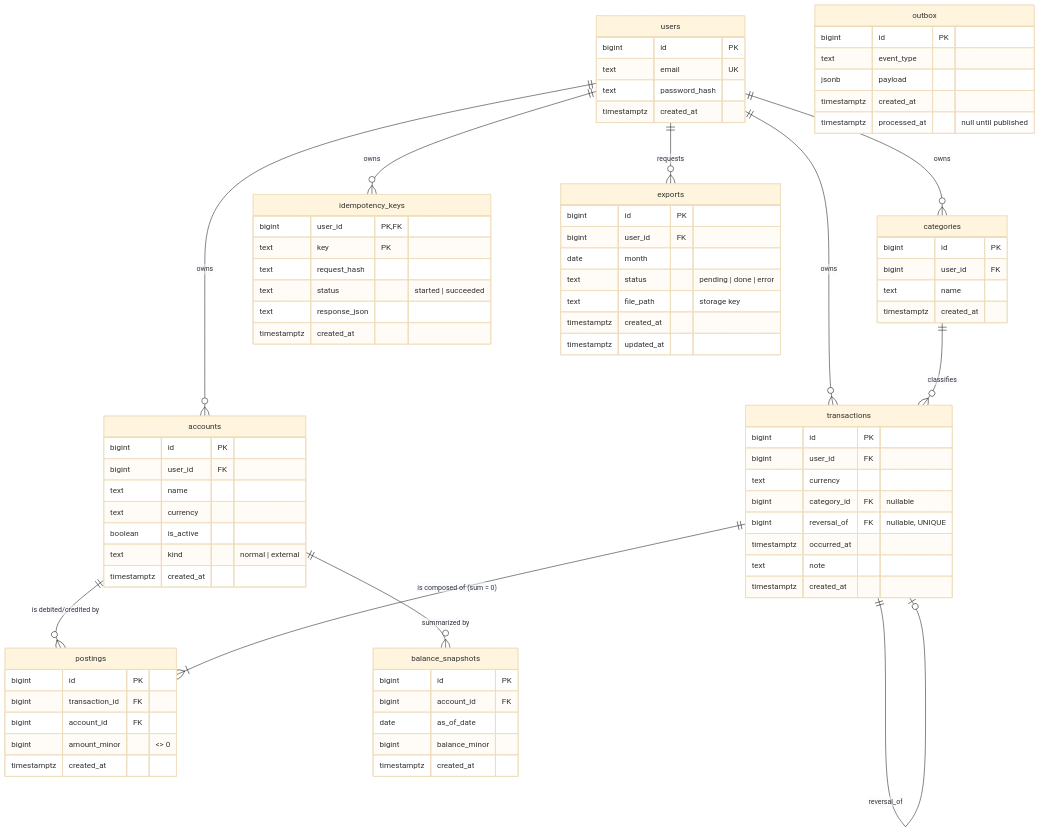
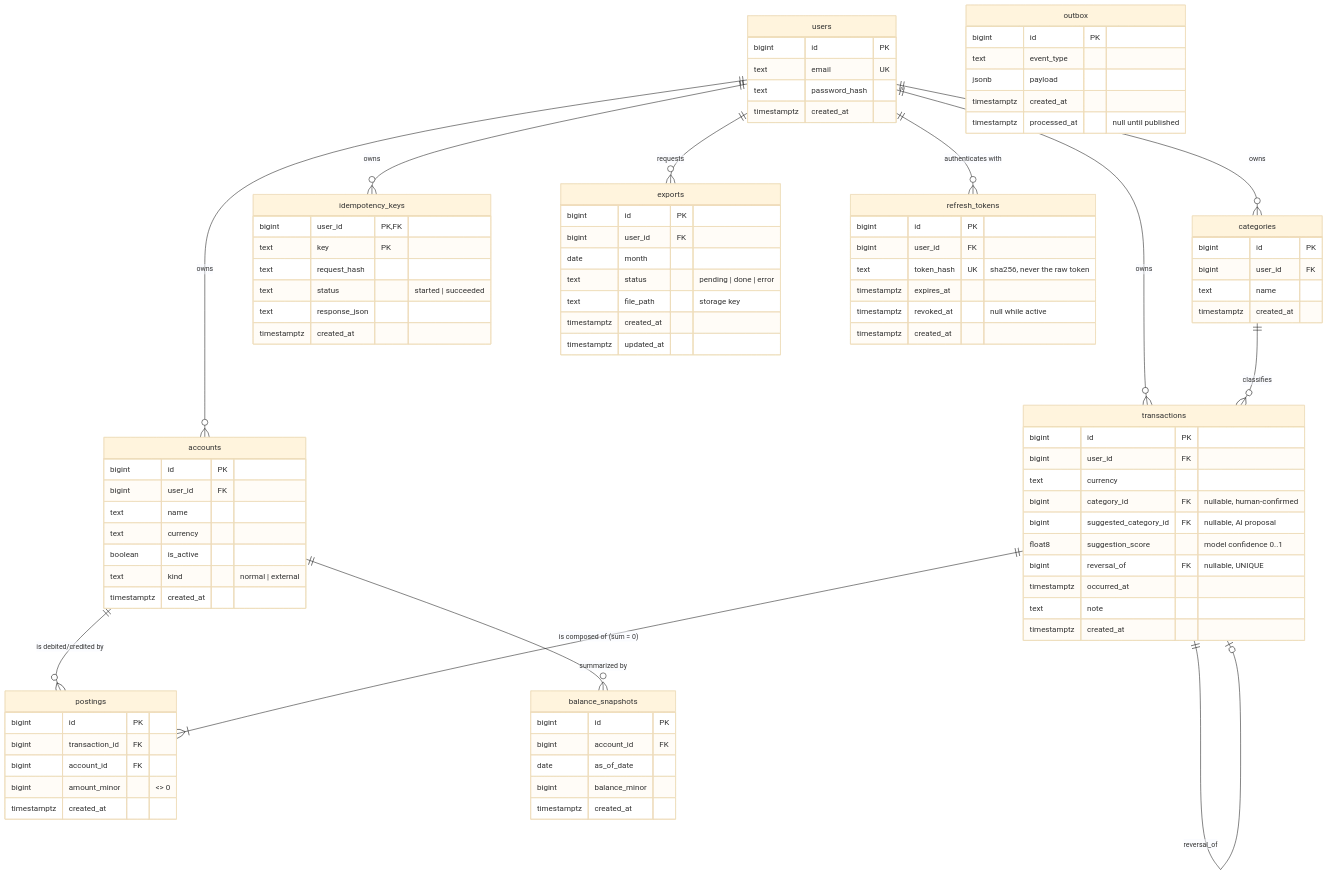
Before and after one commit to EftikharAzim/LedgerX: the first of 2 diagrams in docs/DATA_MODEL.md, drawn with Mermaid (base theme). The commit also changed other lines of this file and 94 other files, not shown here.

````diff
--- a/docs/DATA_MODEL.md
+++ b/docs/DATA_MODEL.md
@@ -18,6 +18,7 @@
     users ||--o{ categories : owns
     users ||--o{ idempotency_keys : owns
     users ||--o{ exports : requests
+    users ||--o{ refresh_tokens : "authenticates with"
     accounts ||--o{ postings : "is debited/credited by"
     transactions ||--|{ postings : "is composed of (sum = 0)"
     transactions ||--o| transactions : "reversal_of"
@@ -43,7 +44,9 @@
         bigint id PK
         bigint user_id FK
         text currency
-        bigint category_id FK "nullable"
+        bigint category_id FK "nullable, human-confirmed"
+        bigint suggested_category_id FK "nullable, AI proposal"
+        float8 suggestion_score "model confidence 0..1"
         bigint reversal_of FK "nullable, UNIQUE"
         timestamptz occurred_at
         text note
@@ -93,4 +96,12 @@
         timestamptz created_at
         timestamptz processed_at "null until published"
     }
+    refresh_tokens {
+        bigint id PK
+        bigint user_id FK
+        text token_hash UK "sha256, never the raw token"
+        timestamptz expires_at
+        timestamptz revoked_at "null while active"
+        timestamptz created_at
+    }
 ```
````
